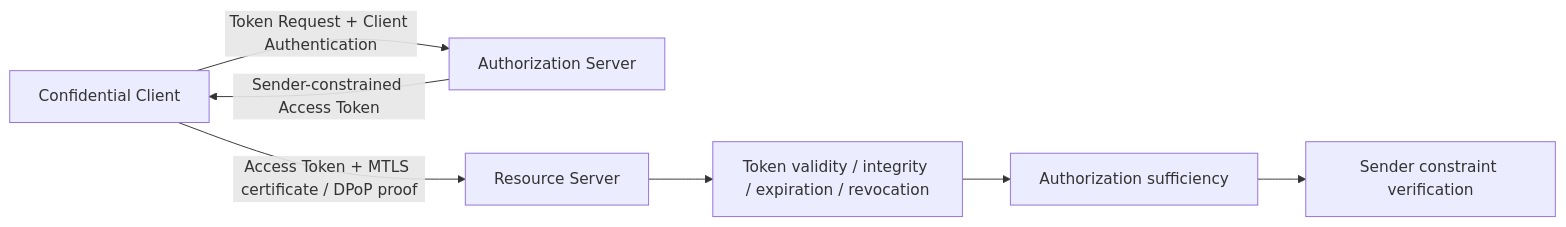
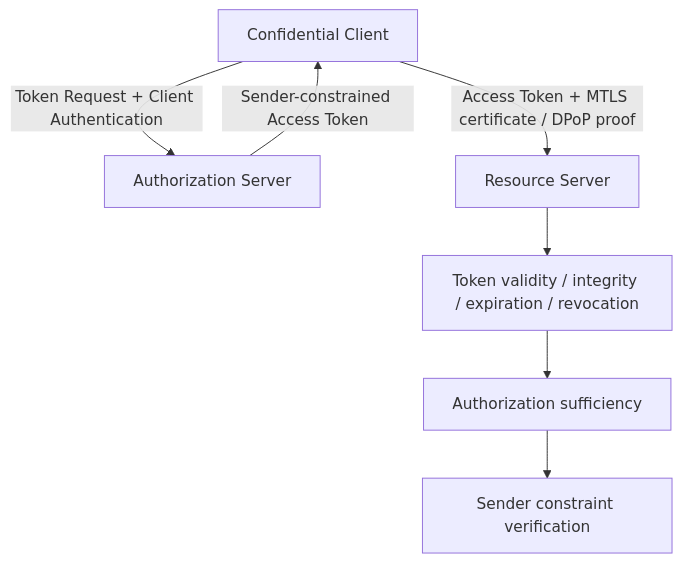
Before and after one commit to nbifrye/1548d6d9-8655-48d3-817f-d41469b6b27e: the fourth of 4 diagrams in _posts/2026-09-18-fapi-2-security-profile.md, drawn with Mermaid. The commit also changed other lines of this file, not shown here.

Commit message:
Simplify FAPI tables and diagrams for mobile

```diff
--- a/_posts/2026-09-18-fapi-2-security-profile.md
+++ b/_posts/2026-09-18-fapi-2-security-profile.md
@@ -116,9 +122,9 @@
 <pre class="mermaid">
-flowchart LR
+flowchart TD
     C[Confidential Client] -->|Token Request + Client Authentication| AS[Authorization Server]
     AS -->|Sender-constrained Access Token| C
     C -->|Access Token + MTLS certificate / DPoP proof| RS[Resource Server]
     RS --> V1[Token validity / integrity / expiration / revocation]
     V1 --> V2[Authorization sufficiency]
     V2 --> V3[Sender constraint verification]
 </pre>
```
